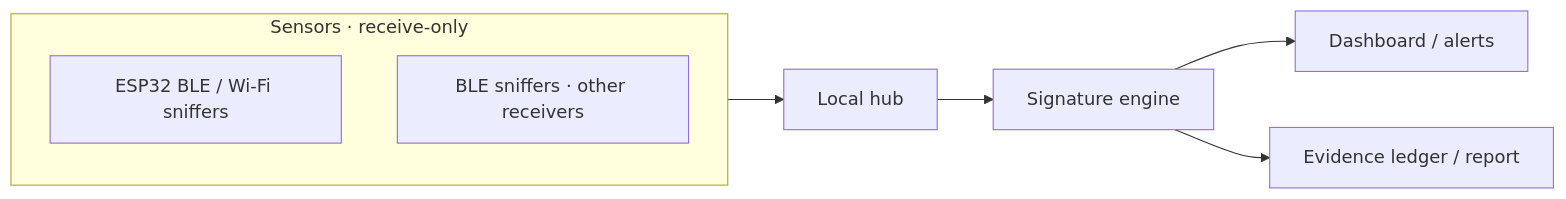
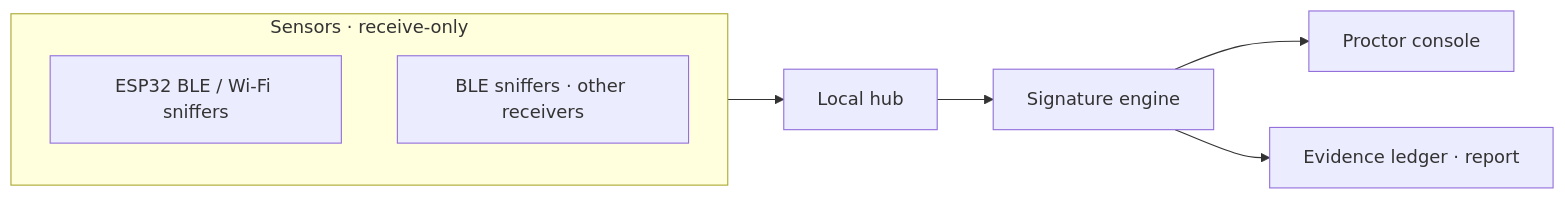
Before and after one commit to eduoneq/exam-uncheat: the diagram in README.en.md, drawn with Mermaid. The commit also changed other lines of this file and 34 other files, not shown here.

First line of the commit message:
Redesign the proctor console and refresh the docs for v0.1.0

````diff
--- a/README.en.md
+++ b/README.en.md
@@ -63,11 +53,11 @@
 ```mermaid
 flowchart LR
   subgraph Sensors["Sensors · receive-only"]
     A["ESP32 BLE / Wi-Fi sniffers"]
     B["BLE sniffers · other receivers"]
   end
   Sensors --> H["Local hub"]
   H --> E["Signature engine"]
-  E --> D["Dashboard / alerts"]
-  E --> L["Evidence ledger / report"]
+  E --> D["Proctor console"]
+  E --> L["Evidence ledger · report"]
 ```
````
